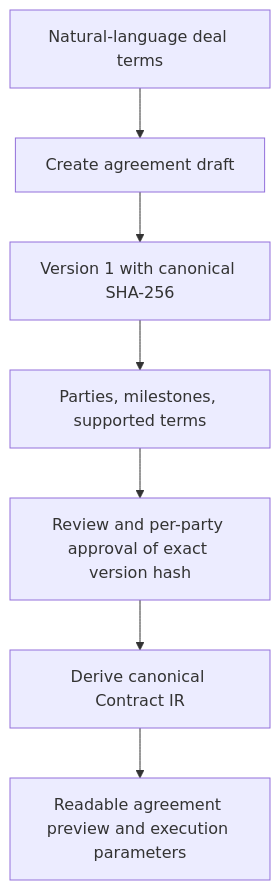
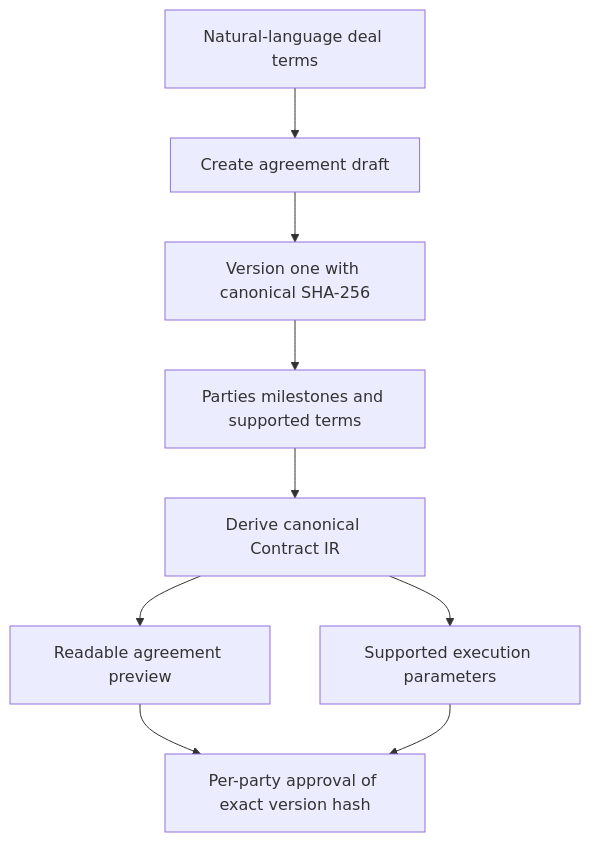
Before and after one commit to the-nidhi-bhat/LEXORA-LegalX: the second of 4 diagrams in README.md, drawn with Mermaid. The commit also changed other lines of this file and 7 other files, not shown here.

````diff
--- a/README.md
+++ b/README.md
@@ -197,9 +124,11 @@
 ```mermaid
 flowchart TD
-    A[Natural-language deal terms] --> B[Create agreement draft]
-    B --> C[Version 1 with canonical SHA-256]
-    C --> D[Parties, milestones, supported terms]
-    D --> E[Review and per-party approval of exact version hash]
-    E --> F[Derive canonical Contract IR]
-    F --> G[Readable agreement preview and execution parameters]
+    A["Natural-language deal terms"] --> B["Create agreement draft"]
+    B --> C["Version one with canonical SHA-256"]
+    C --> D["Parties milestones and supported terms"]
+    D --> E["Derive canonical Contract IR"]
+    E --> F["Readable agreement preview"]
+    E --> G["Supported execution parameters"]
+    F --> H["Per-party approval of exact version hash"]
+    G --> H
 ```
````
